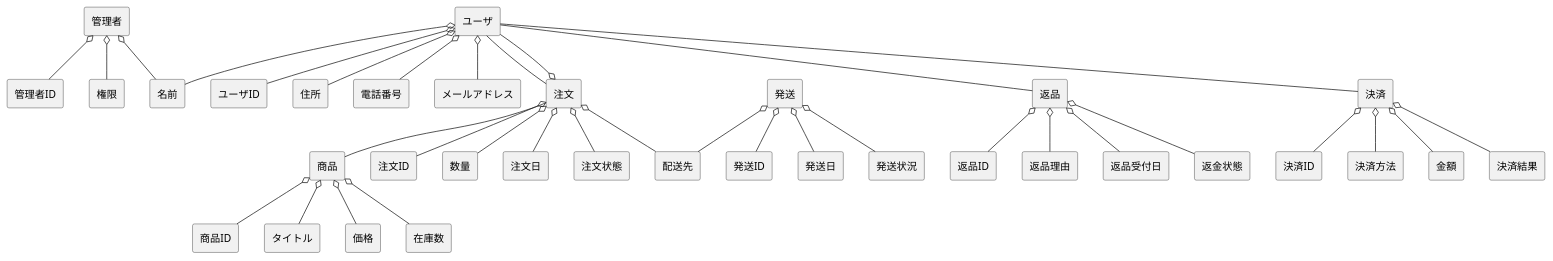
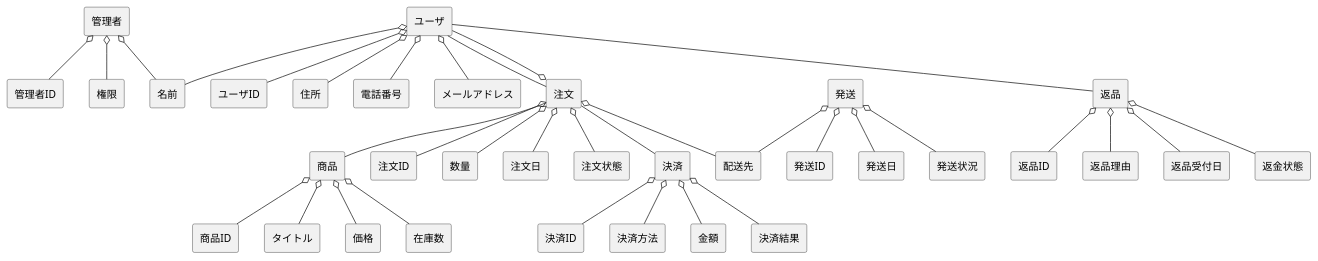
The diagram in BBshop/domain.pu (ghbuser12/ohara_uml), drawn with PlantUML before and after one commit. The commit also changed 1 other file, not shown here.

```diff
--- a/BBshop/domain.pu
+++ b/BBshop/domain.pu
@@ -1,52 +1,53 @@
 @startuml BBショップドメインモデル図
 skinparam componentStyle rectangle
 
 ' ユーザ
 ' ユーザID、名前、住所、電話番号、メールアドレス
 [ユーザ] o-- [ユーザID]
 [ユーザ] o-- [名前]
 [ユーザ] o-- [住所]
 [ユーザ] o-- [電話番号]
 [ユーザ] o-- [メールアドレス]
 [ユーザ] -- [注文]
 [ユーザ] -- [返品]
-[ユーザ] -- [決済]
+
 ' 商品
 ' 商品ID、タイトル、価格、在庫数
 [商品] o-- [商品ID]
 [商品] o-- [タイトル]
 [商品] o-- [価格]
 [商品] o-- [在庫数]
 ' 注文
 ' 注文ID、数量、注文日、配送先、注文状態
 [注文] o-- [注文ID]
 [注文] o-- [ユーザ]
 [注文] -- [商品]
 [注文] o-- [数量]
 [注文] o-- [注文日]
 [注文] o-- [配送先]
 [注文] o-- [注文状態]
+[注文] -- [決済]
 ' 決済
 ' 決済ID、決済方法、金額、決済結果
 [決済] o-- [決済ID]
 [決済] o-- [決済方法]
 [決済] o-- [金額]
 [決済] o-- [決済結果]
 ' 発送
 ' 発送ID、配送先、発送日、発送状況
 [発送] o-- [発送ID]
 [発送] o-- [配送先]
 [発送] o-- [発送日]
 [発送] o-- [発送状況]
 ' 返品
 ' 返品ID、返品理由、返品受付日、返金状態
 [返品] o-- [返品ID]
 [返品] o-- [返品理由]
 [返品] o-- [返品受付日]
 [返品] o-- [返金状態]
 ' 管理者
 ' 管理者ID、名前、権限
 [管理者] o-- [管理者ID]
 [管理者] o-- [名前]
 [管理者] o-- [権限]
 @enduml
```
